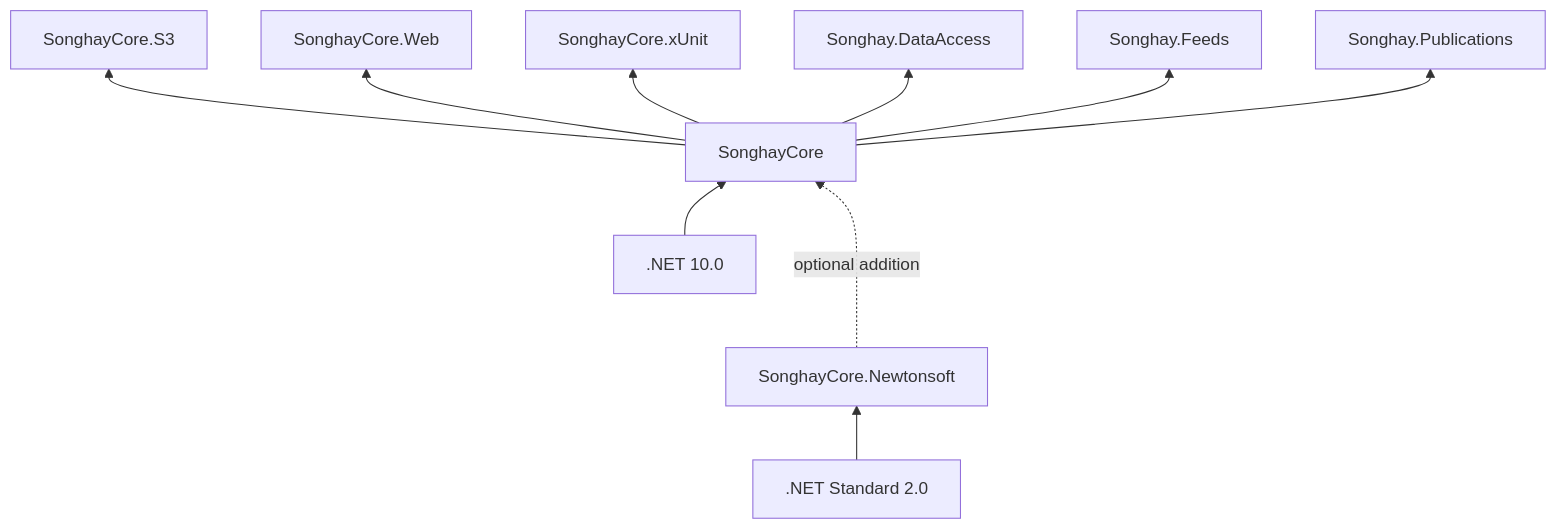
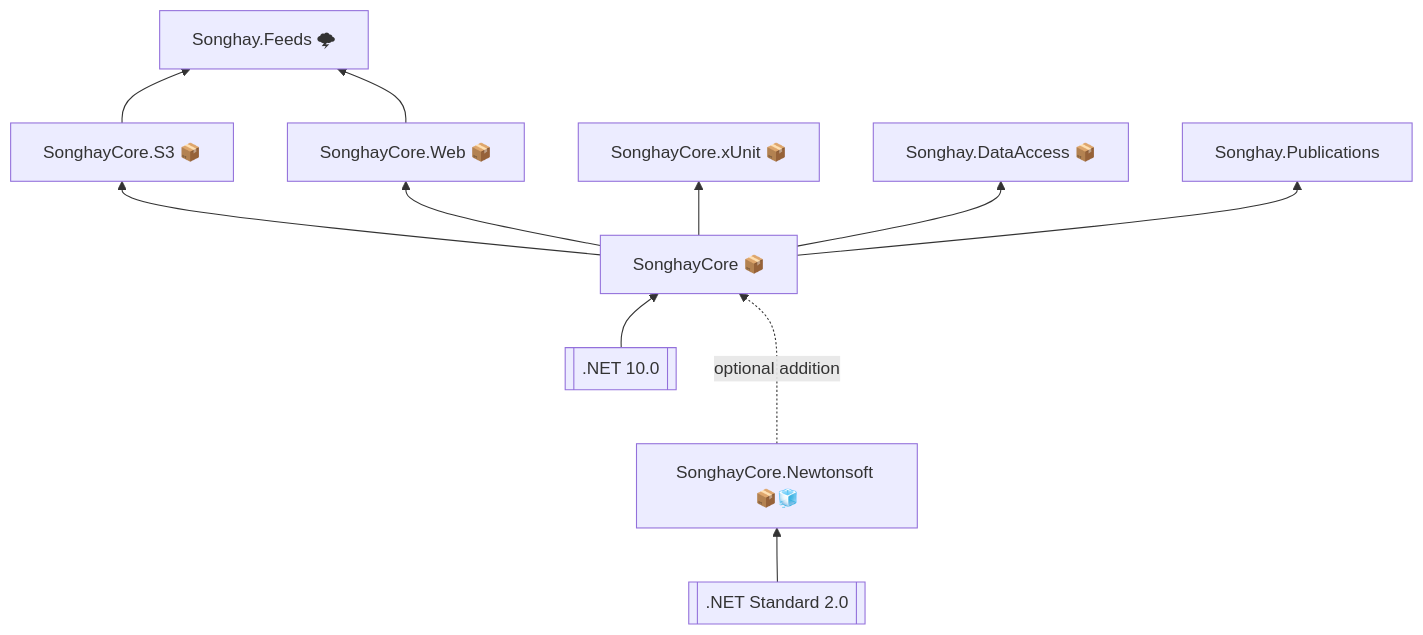
One commit to BryanWilhite/SonghayCore changed the diagram in README.md. Above: the diagram before and after it, drawn with Mermaid.

````diff
--- a/README.md
+++ b/README.md
@@ -122,19 +122,21 @@
 ```mermaid
-graph BT
-    netstandard2[.NET Standard 2.0]
-    net10[.NET 10.0]
+flowchart BT
+    netstandard2[[.NET Standard 2.0]]
+    net10[[.NET 10.0]]
 
-    1[SonghayCore]
-    2[SonghayCore.Newtonsoft]
+    1[SonghayCore 📦]
+    2[SonghayCore.Newtonsoft 📦🧊]
 
     net10-->1
     netstandard2-->2
     2-..->|optional addition|1
 
-    1-->3[SonghayCore.S3]
-    1-->4[SonghayCore.Web]
-    1-->5[SonghayCore.xUnit]
-    1-->6[Songhay.DataAccess]
-    1-->7[Songhay.Feeds]
+    1-->3[SonghayCore.S3 📦]
+    1-->4[SonghayCore.Web 📦]
+    1-->5[SonghayCore.xUnit 📦]
+    1-->6[Songhay.DataAccess 📦]
     1-->8[Songhay.Publications]
+
+    3-->7[Songhay.Feeds 🌩]
+    4-->7[Songhay.Feeds 🌩]
 ```
````
